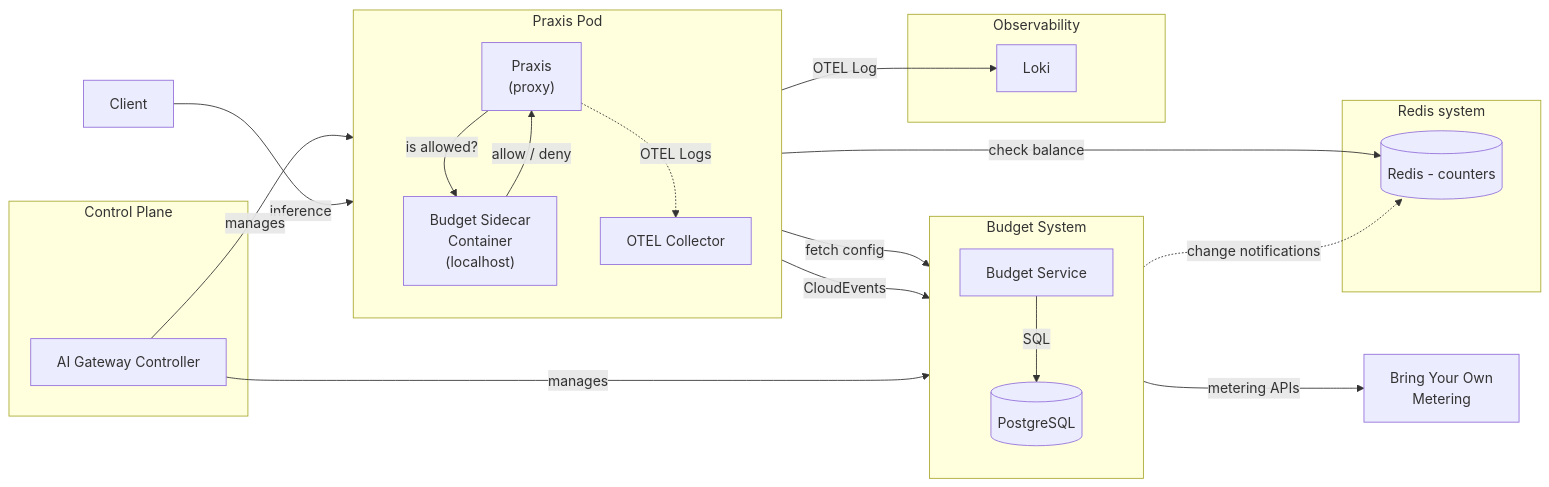
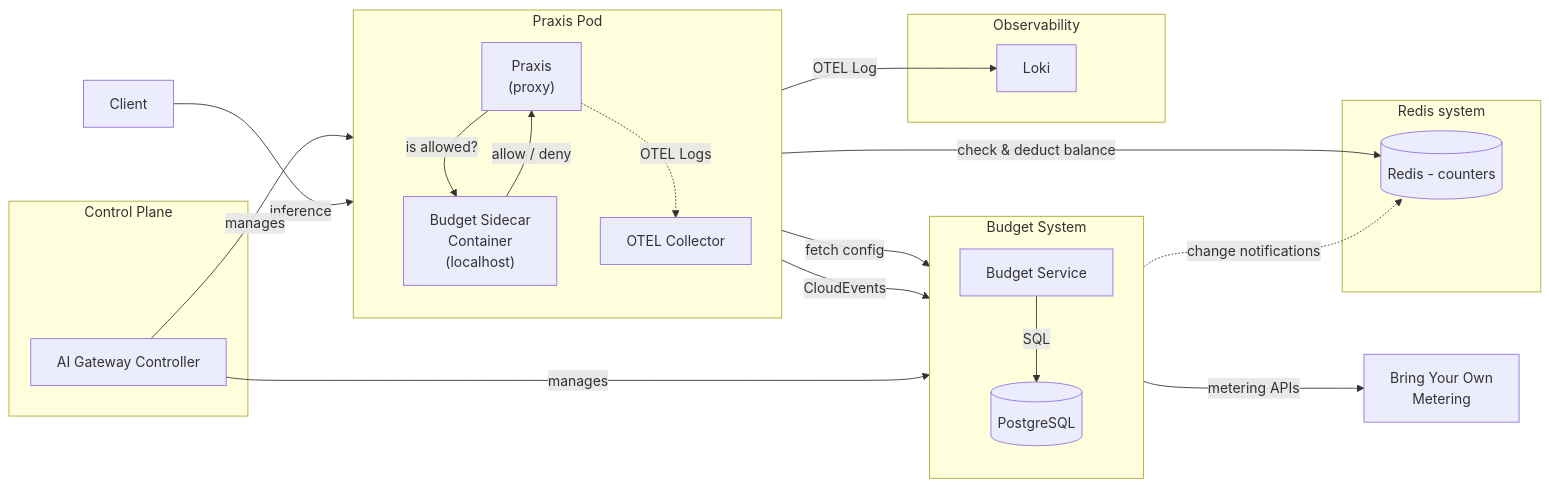
The first of 3 diagrams in architecture-decision-records/ai-gateway/ODH-ADR-0001-Tokenomics.md (opendatahub-io/architecture-decision-records), drawn with Mermaid before and after one commit. The commit also changed other lines of this file, not shown here.

````diff
--- a/architecture-decision-records/ai-gateway/ODH-ADR-0001-Tokenomics.md
+++ b/architecture-decision-records/ai-gateway/ODH-ADR-0001-Tokenomics.md
@@ -54,38 +55,38 @@
 ```mermaid
 flowchart LR
  subgraph redis_system["Redis system"]
         redis[("Redis - counters")]
   end
  subgraph praxis_pod["Praxis Pod"]
     direction TB
         praxis["Praxis<br>(proxy)"]
         sidecar["Budget Sidecar<br>Container<br>(localhost)"]
         otel_collector["OTEL Collector"]
   end
  subgraph control_plane["Control Plane"]
         aigc["AI Gateway Controller"]
  end
  subgraph budget_system["Budget System"]
     direction TB
         postgres[("PostgreSQL")]
         budget_service["Budget Service"]
  end
  subgraph obs["Observability"]
         loki["Loki"]
  end
 
     aigc -- manages --> praxis_pod
     aigc -- manages --> budget_system
     praxis -- is allowed? --> sidecar
-    sidecar -- check balance --> redis
+    sidecar -- check & deduct balance --> redis
     sidecar -- allow / deny --> praxis
     praxis -. OTEL Logs .-> otel_collector
     budget_service -- SQL --> postgres
     client["Client"] -- inference --> praxis
 
     otel_collector -- CloudEvents --> budget_service
     otel_collector -- OTEL Log --> loki
     budget_service -. change notifications .-> redis
     sidecar -- fetch config --> budget_service
     budget_service -- metering APIs --> byom["Bring Your Own<br>Metering"]
 ```
````
